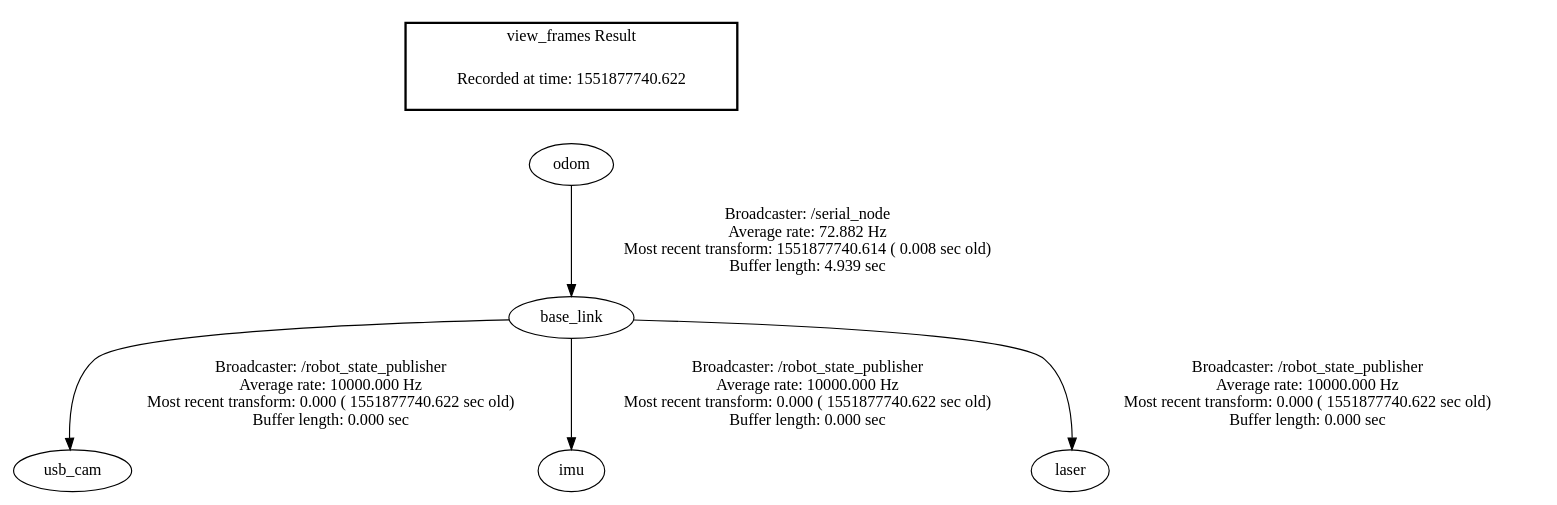
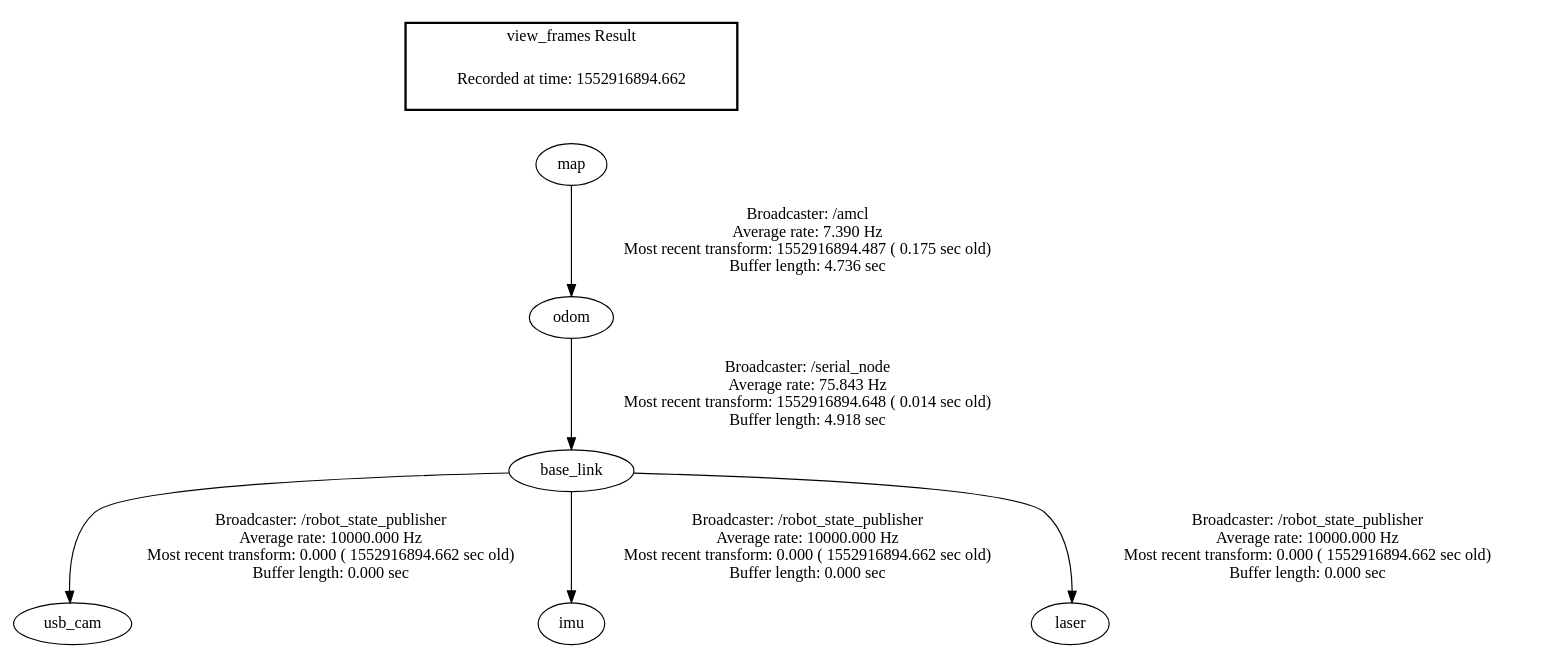
One commit to ElliWhite/proj515_ws changed the diagram in frames.gv. Above: the diagram before and after it, drawn with Graphviz. The commit also changed 318 other files, not shown here.

Commit message:
Added more odometry test graphs. Started work on fiducial_localization package.

```diff
--- a/frames.gv
+++ b/frames.gv
@@ -1,10 +1,11 @@
 digraph G {
-"base_link" -> "usb_cam"[label="Broadcaster: /robot_state_publisher\nAverage rate: 10000.000 Hz\nMost recent transform: 0.000 ( 1551877740.622 sec old)\nBuffer length: 0.000 sec\n"];
-"odom" -> "base_link"[label="Broadcaster: /serial_node\nAverage rate: 72.882 Hz\nMost recent transform: 1551877740.614 ( 0.008 sec old)\nBuffer length: 4.939 sec\n"];
-"base_link" -> "imu"[label="Broadcaster: /robot_state_publisher\nAverage rate: 10000.000 Hz\nMost recent transform: 0.000 ( 1551877740.622 sec old)\nBuffer length: 0.000 sec\n"];
-"base_link" -> "laser"[label="Broadcaster: /robot_state_publisher\nAverage rate: 10000.000 Hz\nMost recent transform: 0.000 ( 1551877740.622 sec old)\nBuffer length: 0.000 sec\n"];
+"base_link" -> "usb_cam"[label="Broadcaster: /robot_state_publisher\nAverage rate: 10000.000 Hz\nMost recent transform: 0.000 ( 1552916894.662 sec old)\nBuffer length: 0.000 sec\n"];
+"odom" -> "base_link"[label="Broadcaster: /serial_node\nAverage rate: 75.843 Hz\nMost recent transform: 1552916894.648 ( 0.014 sec old)\nBuffer length: 4.918 sec\n"];
+"base_link" -> "imu"[label="Broadcaster: /robot_state_publisher\nAverage rate: 10000.000 Hz\nMost recent transform: 0.000 ( 1552916894.662 sec old)\nBuffer length: 0.000 sec\n"];
+"base_link" -> "laser"[label="Broadcaster: /robot_state_publisher\nAverage rate: 10000.000 Hz\nMost recent transform: 0.000 ( 1552916894.662 sec old)\nBuffer length: 0.000 sec\n"];
+"map" -> "odom"[label="Broadcaster: /amcl\nAverage rate: 7.390 Hz\nMost recent transform: 1552916894.487 ( 0.175 sec old)\nBuffer length: 4.736 sec\n"];
 edge [style=invis];
  subgraph cluster_legend { style=bold; color=black; label ="view_frames Result";
-"Recorded at time: 1551877740.622"[ shape=plaintext ] ;
- }->"odom";
+"Recorded at time: 1552916894.662"[ shape=plaintext ] ;
+ }->"map";
 }
```
